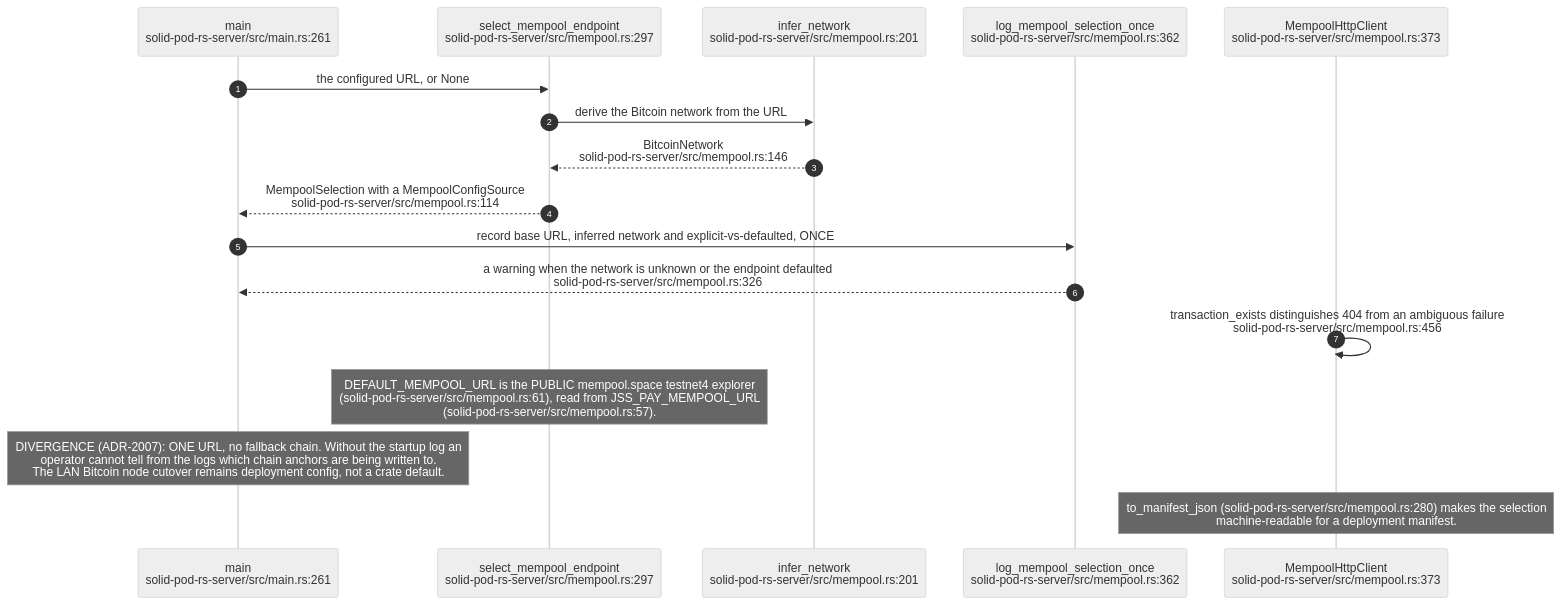
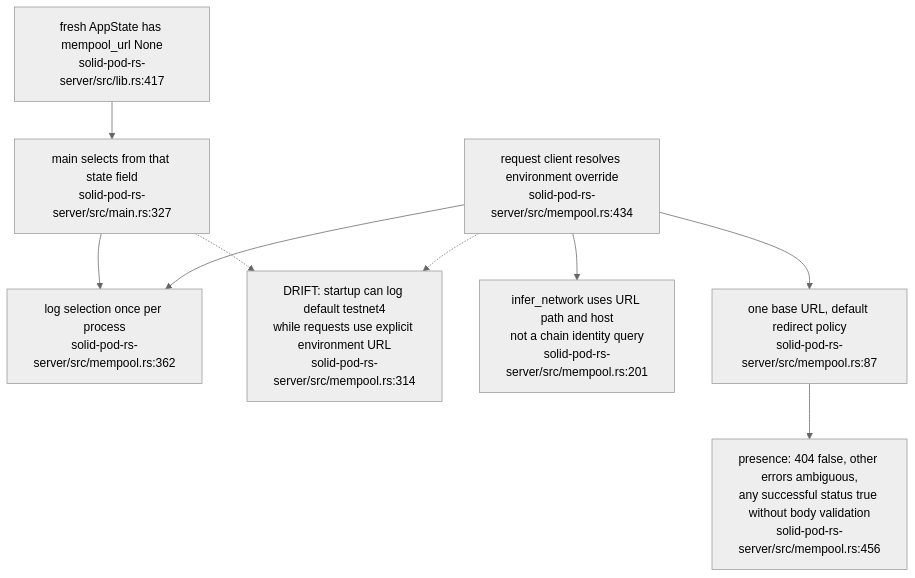
Before and after one commit to DreamLab-AI/VisionFlow: the tenth of 19 diagrams in docs/diagrams/solid-pod-rs/07-provenance-and-payments.md, drawn with Mermaid (neutral theme). The commit also changed other lines of this file and 29 other files, not shown here.

Commit message:
docs: audit Solid anchor recovery and endpoint identity

````diff
--- a/docs/diagrams/solid-pod-rs/07-provenance-and-payments.md
+++ b/docs/diagrams/solid-pod-rs/07-provenance-and-payments.md
@@ -307,21 +311,17 @@
 ```mermaid
-sequenceDiagram
-    autonumber
-    participant M as main<br/>solid-pod-rs-server/src/main.rs:261
-    participant SEL as select_mempool_endpoint<br/>solid-pod-rs-server/src/mempool.rs:297
-    participant INF as infer_network<br/>solid-pod-rs-server/src/mempool.rs:201
-    participant LOG as log_mempool_selection_once<br/>solid-pod-rs-server/src/mempool.rs:362
-    participant C as MempoolHttpClient<br/>solid-pod-rs-server/src/mempool.rs:373
-
-    M->>SEL: the configured URL, or None
-    SEL->>INF: derive the Bitcoin network from the URL
-    INF-->>SEL: BitcoinNetwork<br/>solid-pod-rs-server/src/mempool.rs:146
-    SEL-->>M: MempoolSelection with a MempoolConfigSource<br/>solid-pod-rs-server/src/mempool.rs:114
-    M->>LOG: record base URL, inferred network and explicit-vs-defaulted, ONCE
-    LOG-->>M: a warning when the network is unknown or the endpoint defaulted<br/>solid-pod-rs-server/src/mempool.rs:326
-    C->>C: transaction_exists distinguishes 404 from an ambiguous failure<br/>solid-pod-rs-server/src/mempool.rs:456
-
-    Note over SEL: DEFAULT_MEMPOOL_URL is the PUBLIC mempool.space testnet4 explorer<br/>(solid-pod-rs-server/src/mempool.rs:61), read from JSS_PAY_MEMPOOL_URL<br/>(solid-pod-rs-server/src/mempool.rs:57).
-    Note over M: DIVERGENCE (ADR-2007): ONE URL, no fallback chain. Without the startup log an<br/>operator cannot tell from the logs which chain anchors are being written to.<br/>The LAN Bitcoin node cutover remains deployment config, not a crate default.
-    Note over C: to_manifest_json (solid-pod-rs-server/src/mempool.rs:280) makes the selection<br/>machine-readable for a deployment manifest.
+flowchart TD
+    STATE["fresh AppState has mempool_url None<br/>solid-pod-rs-server/src/lib.rs:417"]
+    BOOT["main selects from that state field<br/>solid-pod-rs-server/src/main.rs:327"]
+    LOG["log selection once per process<br/>solid-pod-rs-server/src/mempool.rs:362"]
+    ENV["request client resolves environment override<br/>solid-pod-rs-server/src/mempool.rs:434"]
+    DIFF["DRIFT: startup can log default testnet4<br/>while requests use explicit environment URL<br/>solid-pod-rs-server/src/mempool.rs:314"]
+    INF["infer_network uses URL path and host<br/>not a chain identity query<br/>solid-pod-rs-server/src/mempool.rs:201"]
+    HTTP["one base URL, default redirect policy<br/>solid-pod-rs-server/src/mempool.rs:87"]
+    PRES["presence: 404 false, other errors ambiguous,<br/>any successful status true without body validation<br/>solid-pod-rs-server/src/mempool.rs:456"]
+    STATE --> BOOT --> LOG
+    ENV --> LOG
+    BOOT -.-> DIFF
+    ENV -.-> DIFF
+    ENV --> INF
+    ENV --> HTTP --> PRES
 ```
````
